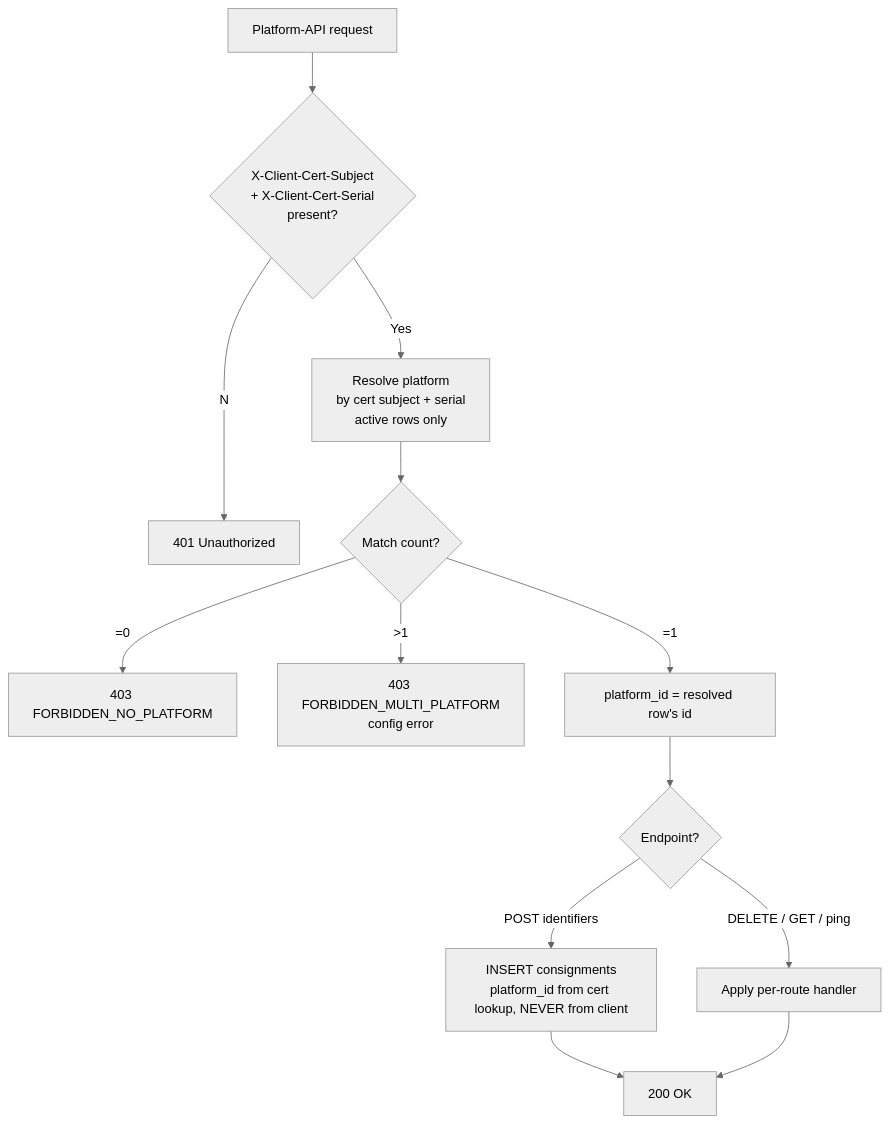
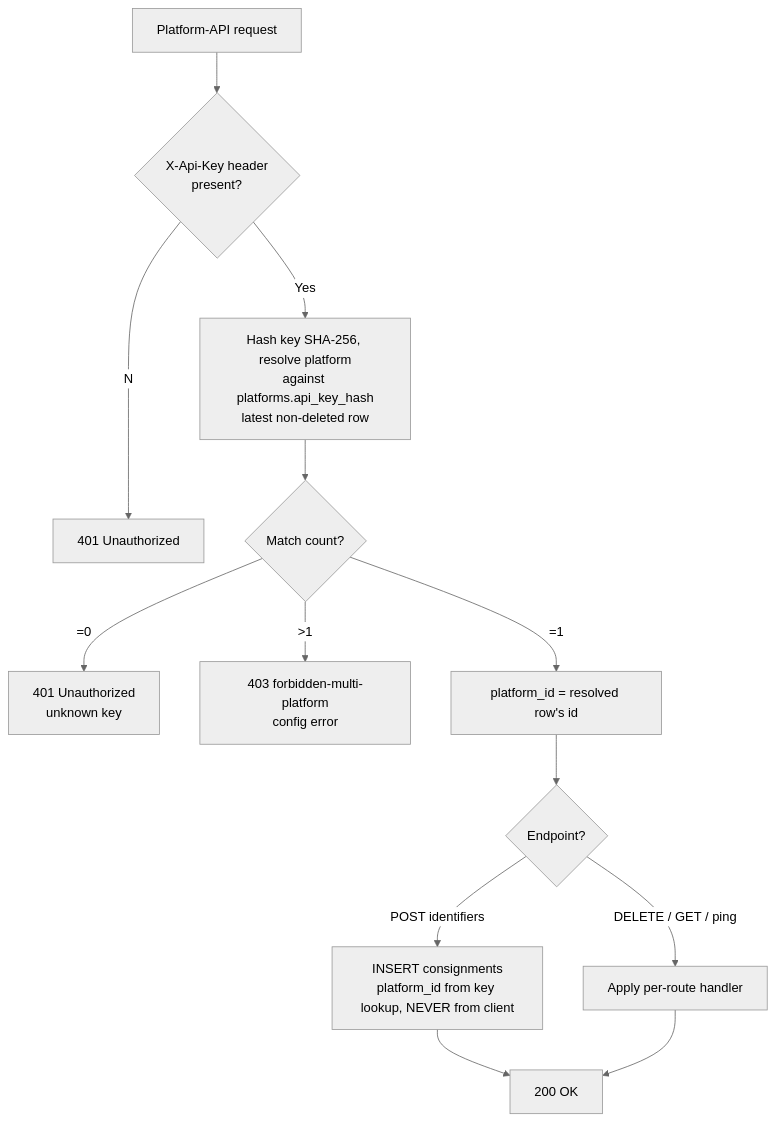
Before and after one commit to kemit-ee/efti-gate-ee: the second of 4 diagrams in docs/specs/permissions-matrix.md, drawn with Mermaid (neutral theme). The commit also changed other lines of this file and 3 other files, not shown here.

First line of the commit message:
Docs: finish reconciling permissions-matrix and auth docs to X-Api-Key

````diff
--- a/docs/specs/permissions-matrix.md
+++ b/docs/specs/permissions-matrix.md
@@ -116,15 +114,15 @@
 ```mermaid
 flowchart TD
-    REQ[Platform-API request] --> CERT{X-Client-Cert-Subject<br/>+ X-Client-Cert-Serial<br/>present?}
+    REQ[Platform-API request] --> CERT{X-Api-Key header<br/>present?}
     CERT --No--> R401[401 Unauthorized]
-    CERT --Yes--> LOOK[Resolve platform<br/>by cert subject + serial<br/>active rows only]
+    CERT --Yes--> LOOK[Hash key SHA-256, resolve platform<br/>against platforms.api_key_hash<br/>latest non-deleted row]
     LOOK --> CNT{Match count?}
-    CNT --=0--> R403N[403 FORBIDDEN_NO_PLATFORM]
-    CNT -->|>1| R403M[403 FORBIDDEN_MULTI_PLATFORM<br/>config error]
+    CNT --=0--> R401N[401 Unauthorized<br/>unknown key]
+    CNT -->|>1| R403M[403 forbidden-multi-platform<br/>config error]
     CNT -->|=1| BIND[platform_id = resolved row's id]
     BIND --> ROUTE{Endpoint?}
-    ROUTE -->|POST identifiers| WRITE[INSERT consignments<br/>platform_id from cert lookup, NEVER from client]
+    ROUTE -->|POST identifiers| WRITE[INSERT consignments<br/>platform_id from key lookup, NEVER from client]
     ROUTE -->|DELETE / GET / ping| RW[Apply per-route handler]
     WRITE --> OK[200 OK]
     RW --> OK
 ```
````
